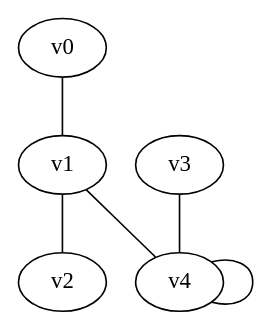
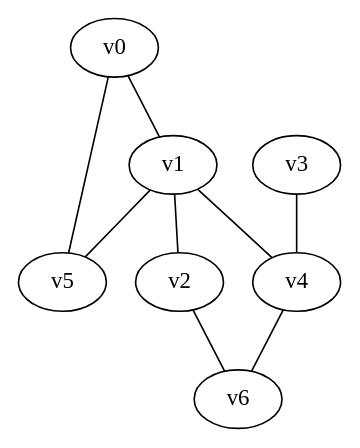
One commit to jo20046/graphen changed the diagram in cmake-build-debug/aus_adjazenz.gv. Above: the diagram before and after it, drawn with Graphviz. The commit also changed 10 other files, not shown here.

```diff
--- a/cmake-build-debug/aus_adjazenz.gv
+++ b/cmake-build-debug/aus_adjazenz.gv
@@ -1,12 +1,17 @@
 graph {
   v0
   v1
   v2
   v3
   v4
+  v5
+  v6
   v0 -- v1
+  v0 -- v5
   v1 -- v2
   v1 -- v4
+  v1 -- v5
+  v2 -- v6
   v3 -- v4
-  v4 -- v4
+  v4 -- v6
 }
```
